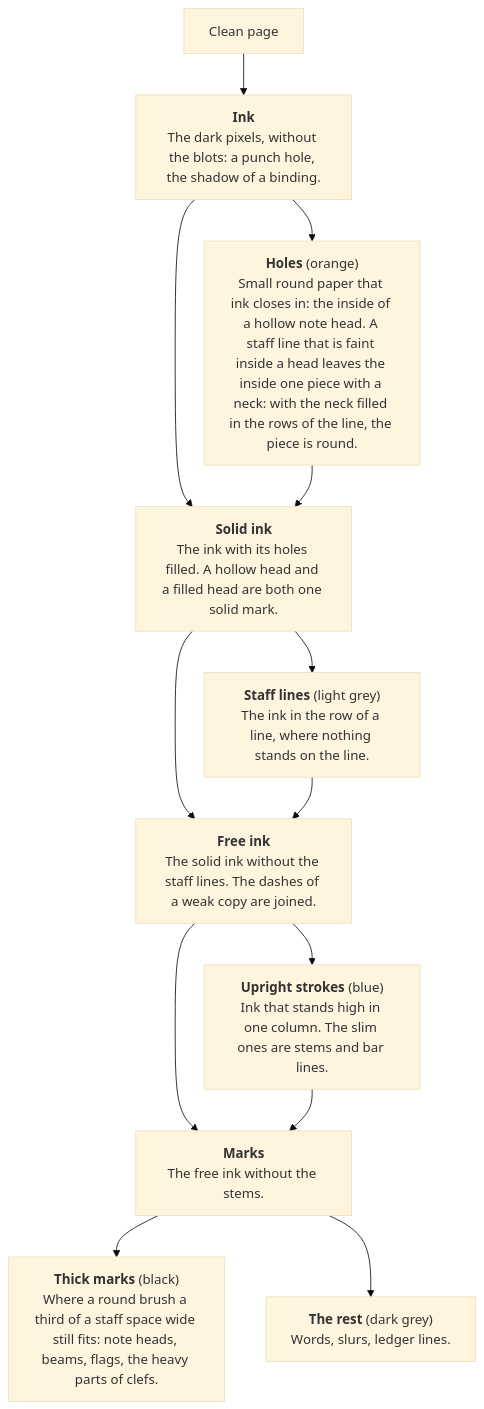
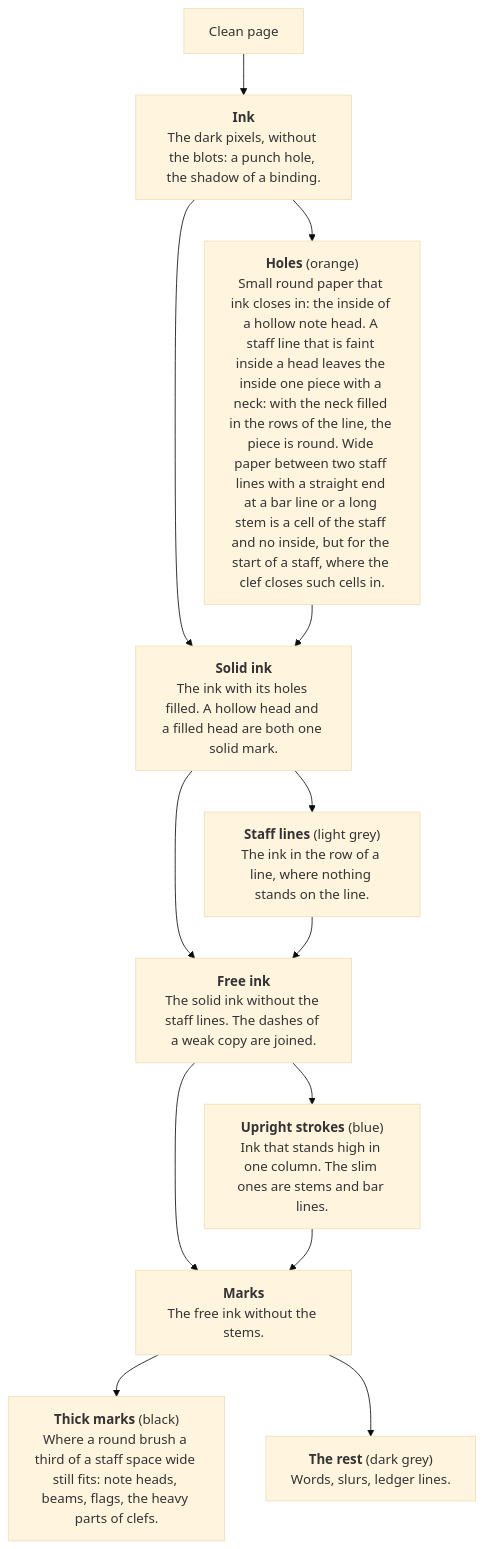
Before and after one commit to sweet-cicero/ScoreReader: the third of 12 diagrams in README.md, drawn with Mermaid (base theme). The commit also changed other lines of this file and 5 other files, not shown here.

````diff
--- a/README.md
+++ b/README.md
@@ -134,15 +134,15 @@
 ```mermaid
 flowchart TD
     page["Clean page"] --> ink["<b>Ink</b><br/>The dark pixels, without the blots: a punch hole, the shadow of a binding."]
-    ink --> holes["<b>Holes</b> (orange)<br/>Small round paper that ink closes in: the inside of a hollow note head. A staff line that is faint inside a head leaves the inside one piece with a neck: with the neck filled in the rows of the line, the piece is round."]
+    ink --> holes["<b>Holes</b> (orange)<br/>Small round paper that ink closes in: the inside of a hollow note head. A staff line that is faint inside a head leaves the inside one piece with a neck: with the neck filled in the rows of the line, the piece is round. Wide paper between two staff lines with a straight end at a bar line or a long stem is a cell of the staff and no inside, but for the start of a staff, where the clef closes such cells in."]
     ink --> solid["<b>Solid ink</b><br/>The ink with its holes filled. A hollow head and a filled head are both one solid mark."]
     holes --> solid
     solid --> lines["<b>Staff lines</b> (light grey)<br/>The ink in the row of a line, where nothing stands on the line."]
     solid --> free["<b>Free ink</b><br/>The solid ink without the staff lines. The dashes of a weak copy are joined."]
     lines --> free
     free --> strokes["<b>Upright strokes</b> (blue)<br/>Ink that stands high in one column. The slim ones are stems and bar lines."]
     free --> marks["<b>Marks</b><br/>The free ink without the stems."]
     strokes --> marks
     marks --> thick["<b>Thick marks</b> (black)<br/>Where a round brush a third of a staff space wide still fits: note heads, beams, flags, the heavy parts of clefs."]
     marks --> rest["<b>The rest</b> (dark grey)<br/>Words, slurs, ledger lines."]
 ```
````
